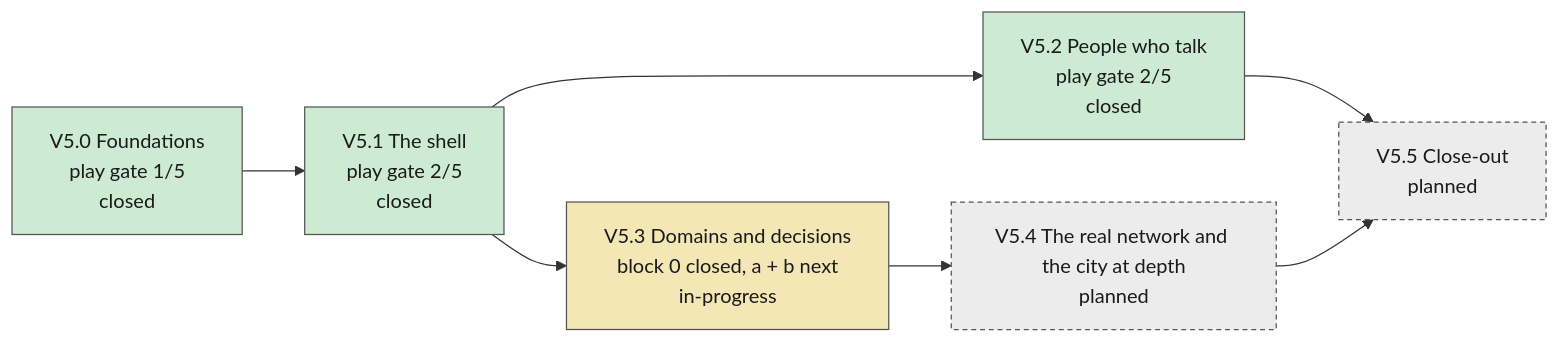
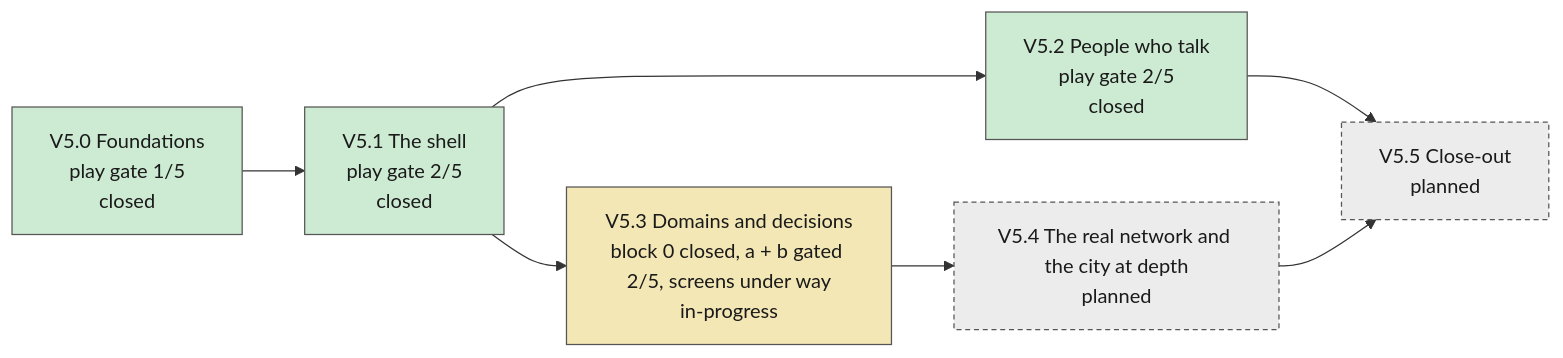
The first of 2 diagrams in docs/tiers/v5.md (powerbassist/World-simulator), drawn with Mermaid before and after one commit. The commit also changed other lines of this file and 9 other files, not shown here.

````diff
--- a/docs/tiers/v5.md
+++ b/docs/tiers/v5.md
@@ -67,19 +71,19 @@
 ```mermaid
 flowchart LR
   V50["V5.0 Foundations<br/>play gate 1/5<br/>closed"]:::closed
   V51["V5.1 The shell<br/>play gate 2/5<br/>closed"]:::closed
   V52["V5.2 People who talk<br/>play gate 2/5<br/>closed"]:::closed
-  V53["V5.3 Domains and decisions<br/>block 0 closed, a + b next<br/>in-progress"]:::inprogress
+  V53["V5.3 Domains and decisions<br/>block 0 closed, a + b gated 2/5, screens under way<br/>in-progress"]:::inprogress
   V54["V5.4 The real network and the city at depth<br/>planned"]:::planned
   V55["V5.5 Close-out<br/>planned"]:::planned
   V50 --> V51
   V51 --> V52
   V51 --> V53
   V53 --> V54
   V52 --> V55
   V54 --> V55
   classDef closed fill:#cdebd3,stroke:#555,color:#1a1a1a
   classDef built fill:#cfe3f7,stroke:#555,color:#1a1a1a
   classDef inprogress fill:#f3e7b5,stroke:#555,color:#1a1a1a
   classDef planned fill:#ececec,stroke:#555,color:#1a1a1a,stroke-dasharray:4 3
 ```
````
